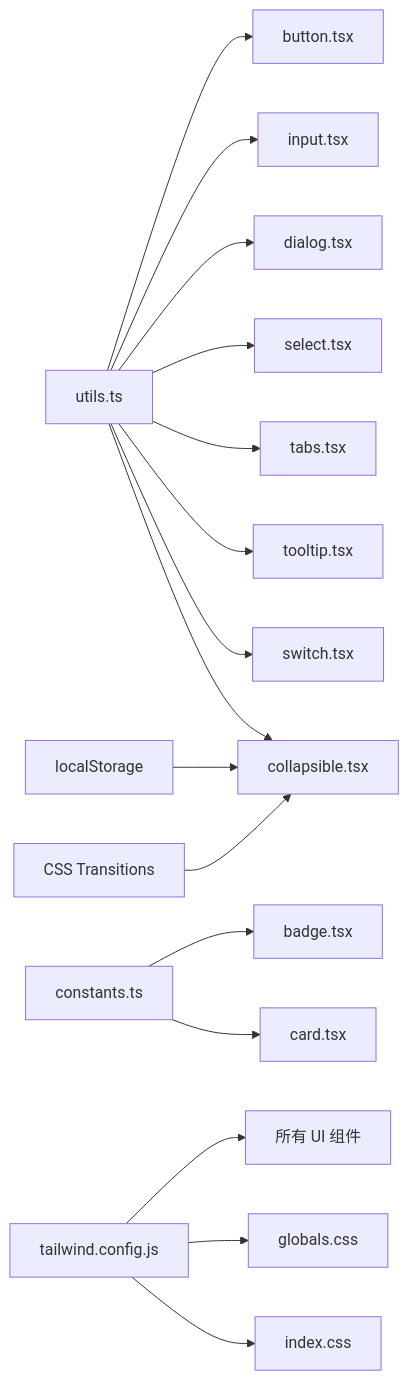
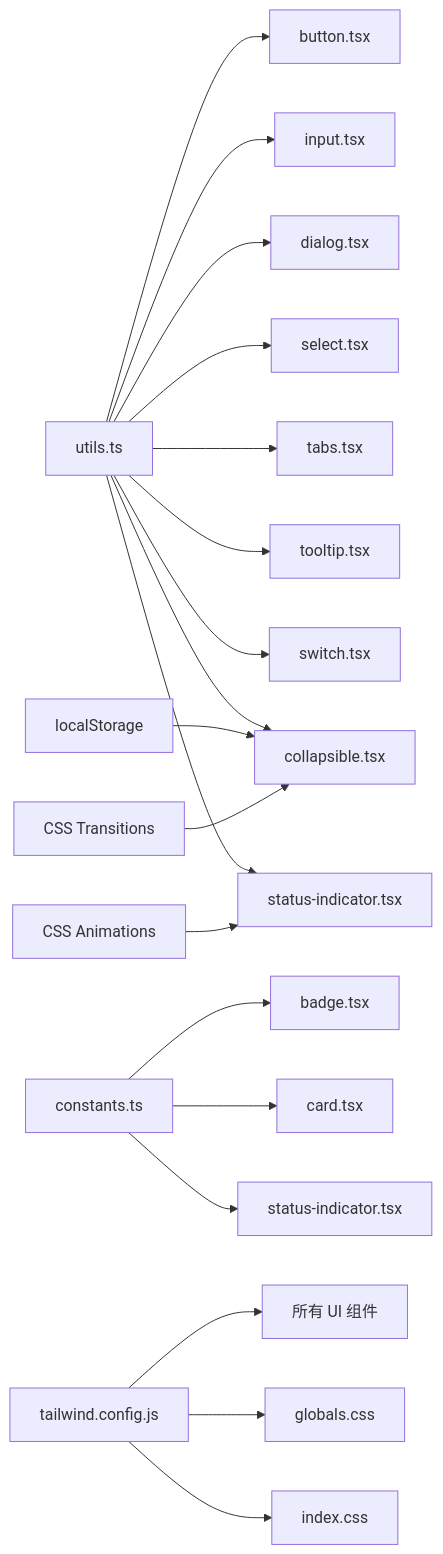
One commit to Damao997/newproject changed diagram 11 of 11 in .qoder/repowiki/zh/content/架构设计/组件架构/UI基础组件.md. Above: the diagram before and after it, drawn with Mermaid. The commit also changed other lines of this file and 40 other files, not shown here.

First line of the commit message:
feat(dashboard/inventory): 仪表板与存货模块真实数据接入及图表卡片拆分

````diff
--- a/.qoder/repowiki/zh/content/架构设计/组件架构/UI基础组件.md
+++ b/.qoder/repowiki/zh/content/架构设计/组件架构/UI基础组件.md
@@ -628,18 +692,21 @@
 ```mermaid
 graph LR
 Utils["utils.ts"] --> CompA["button.tsx"]
 Utils --> CompB["input.tsx"]
 Utils --> CompC["dialog.tsx"]
 Utils --> CompD["select.tsx"]
 Utils --> CompE["tabs.tsx"]
 Utils --> CompF["tooltip.tsx"]
 Utils --> CompG["switch.tsx"]
 Utils --> CompH["collapsible.tsx"]
+Utils --> CompI["status-indicator.tsx"]
 Const["constants.ts"] --> Badge["badge.tsx"]
 Const --> Card["card.tsx"]
+Const --> StatusInd["status-indicator.tsx"]
 TW["tailwind.config.js"] --> All["所有 UI 组件"]
 TW --> G["globals.css"]
 TW --> IC["index.css"]
 LS["localStorage"] --> CompH
 CSS["CSS Transitions"] --> CompH
+CSS2["CSS Animations"] --> CompI
 ```
````
